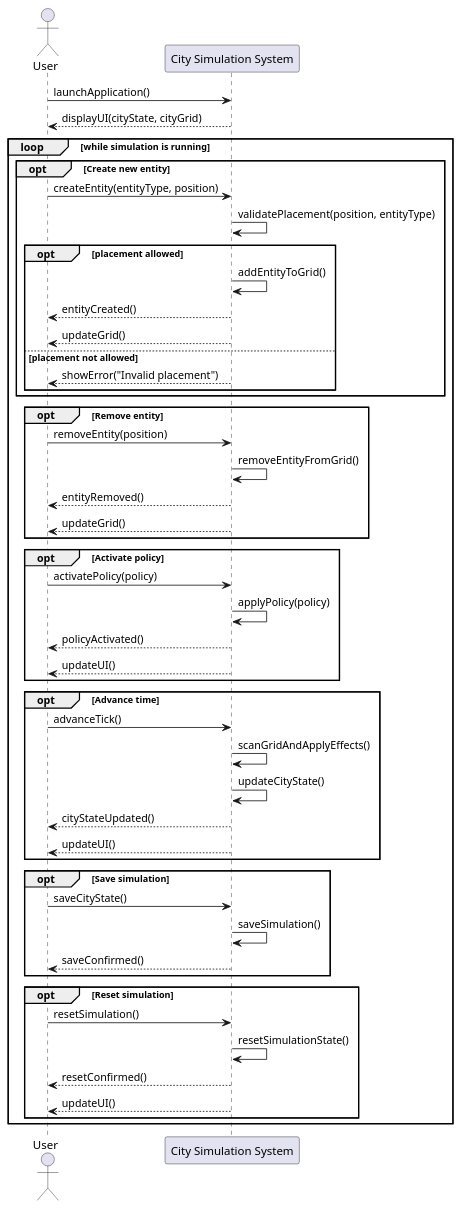
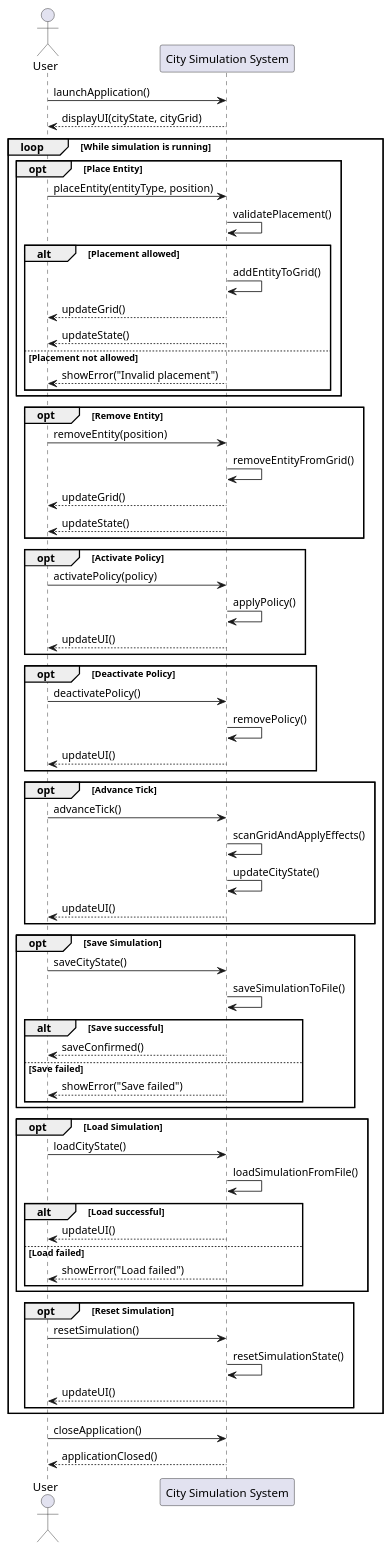
The first of 5 diagrams in documents/System_sequence _diagrams.md (Anna-code17/ssa_project), drawn with PlantUML before and after one commit. The commit also changed other lines of this file, not shown here.

Commit message:
Update System_sequence _diagrams.md

````diff
--- a/documents/System_sequence _diagrams.md
+++ b/documents/System_sequence _diagrams.md
@@ -13,58 +13,82 @@
 User -> System : launchApplication()
 System --> User : displayUI(cityState, cityGrid)
 
-loop while simulation is running
+loop While simulation is running
 
-  opt Create new entity
-    User -> System : createEntity(entityType, position)
-    System -> System : validatePlacement(position, entityType)
+    opt Place Entity
+        User -> System : placeEntity(entityType, position)
+        System -> System : validatePlacement()
 
-    opt placement allowed
-      System -> System : addEntityToGrid()
-      System --> User : entityCreated()
-      System --> User : updateGrid()
+        alt Placement allowed
+            System -> System : addEntityToGrid()
+            System --> User : updateGrid()
+            System --> User : updateState()
 
-    else placement not allowed
-      System --> User : showError("Invalid placement")
+        else Placement not allowed
+            System --> User : showError("Invalid placement")
+        end
     end
-  end
 
-  opt Remove entity
-    User -> System : removeEntity(position)
-    System -> System : removeEntityFromGrid()
-    System --> User : entityRemoved()
-    System --> User : updateGrid()
-  end
+    opt Remove Entity
+        User -> System : removeEntity(position)
+        System -> System : removeEntityFromGrid()
+        System --> User : updateGrid()
+        System --> User : updateState()
+    end
 
-  opt Activate policy
-    User -> System : activatePolicy(policy)
-    System -> System : applyPolicy(policy)
-    System --> User : policyActivated()
-    System --> User : updateUI()
-  end
+    opt Activate Policy
+        User -> System : activatePolicy(policy)
+        System -> System : applyPolicy()
+        System --> User : updateUI()
+    end
 
-  opt Advance time
-    User -> System : advanceTick()
-    System -> System : scanGridAndApplyEffects()
-    System -> System : updateCityState()
-    System --> User : cityStateUpdated()
-    System --> User : updateUI()
-  end
+    opt Deactivate Policy
+        User -> System : deactivatePolicy()
+        System -> System : removePolicy()
+        System --> User : updateUI()
+    end
 
-  opt Save simulation
-    User -> System : saveCityState()
-    System -> System : saveSimulation()
-    System --> User : saveConfirmed()
-  end
+    opt Advance Tick
+        User -> System : advanceTick()
+        System -> System : scanGridAndApplyEffects()
+        System -> System : updateCityState()
+        System --> User : updateUI()
+    end
 
-  opt Reset simulation
-    User -> System : resetSimulation()
-    System -> System : resetSimulationState()
-    System --> User : resetConfirmed()
-    System --> User : updateUI()
-  end
+    opt Save Simulation
+        User -> System : saveCityState()
+        System -> System : saveSimulationToFile()
+
+        alt Save successful
+            System --> User : saveConfirmed()
+        else Save failed
+            System --> User : showError("Save failed")
+        end
+    end
+
+    opt Load Simulation
+        User -> System : loadCityState()
+        System -> System : loadSimulationFromFile()
+
+        alt Load successful
+            System --> User : updateUI()
+        else Load failed
+            System --> User : showError("Load failed")
+        end
+
+    end
+
+    opt Reset Simulation
+        User -> System : resetSimulation()
+        System -> System : resetSimulationState()
+        System --> User : updateUI()
+    end
 
 end
+
+User -> System : closeApplication()
+System --> User : applicationClosed()
+
 @enduml
 
 ```
````
